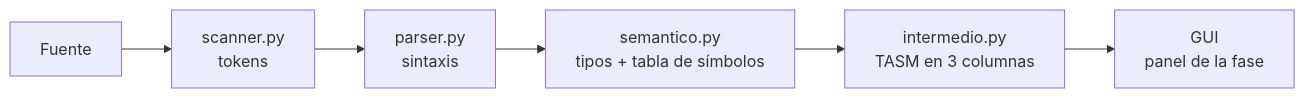
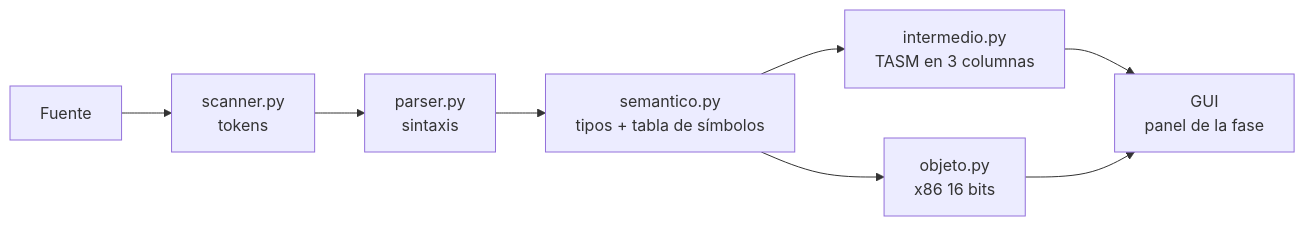
One commit to jsvdr/pyngoc changed the diagram in README.md. Above: the diagram before and after it, drawn with Mermaid. The commit also changed other lines of this file and 8 other files, not shown here.

Commit message:
feat: agrega fase de código objeto x86 de 16 bits

````diff
--- a/README.md
+++ b/README.md
@@ -15,8 +15,10 @@
 ```mermaid
 flowchart LR
     F["Fuente"] --> T["scanner.py<br/>tokens"]
     T --> P["parser.py<br/>sintaxis"]
     P --> S["semantico.py<br/>tipos + tabla de símbolos"]
     S --> I["intermedio.py<br/>TASM en 3 columnas"]
+    S --> O["objeto.py<br/>x86 16 bits"]
     I --> G["GUI<br/>panel de la fase"]
+    O --> G
 ```
````
